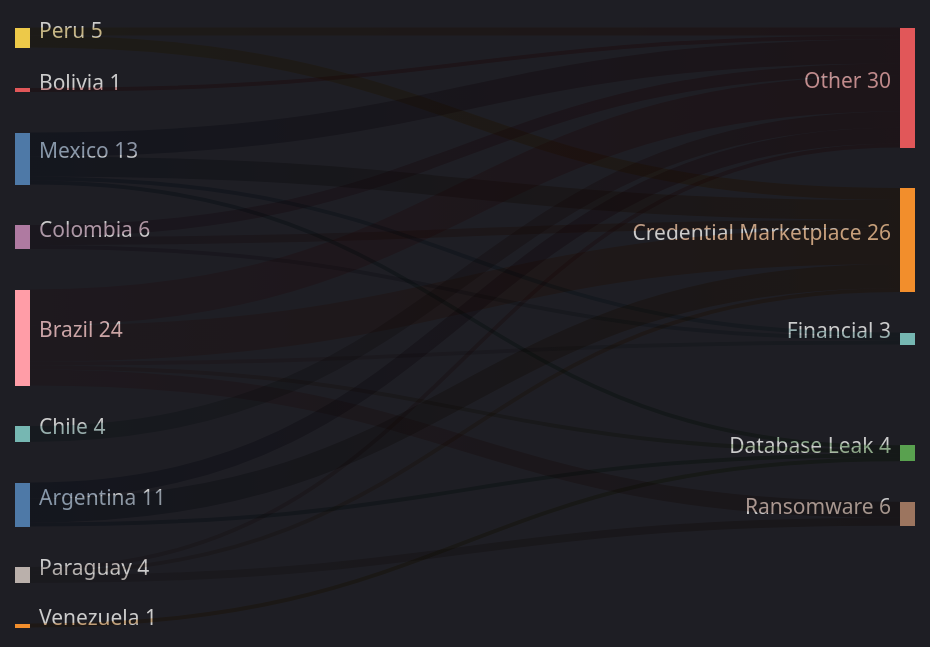
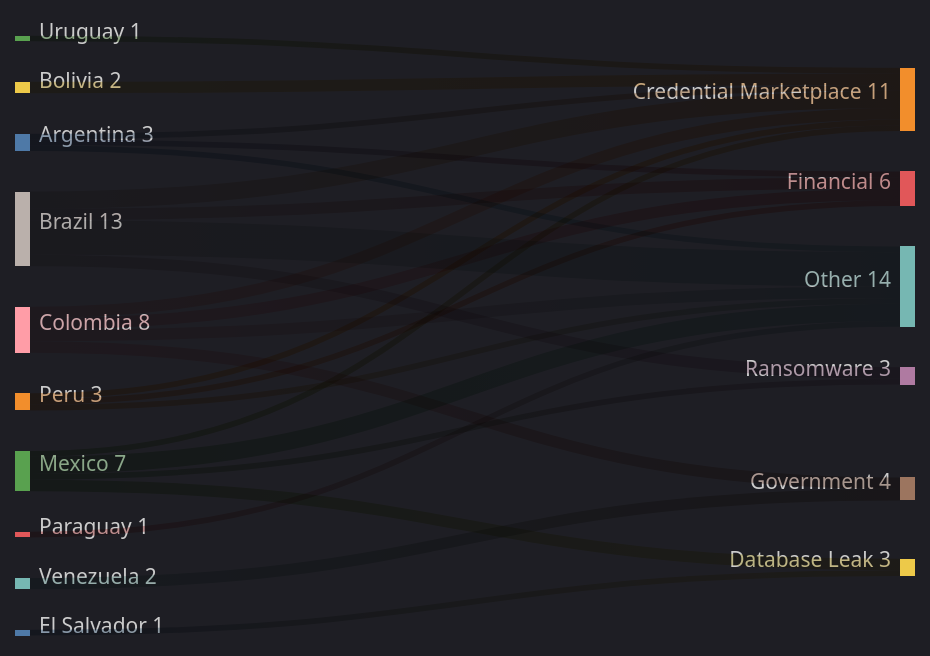
Before and after one commit to ZoqueLabs/website: the third of 5 diagrams in exfiltradaz.md, drawn with Mermaid. The commit also changed other lines of this file, not shown here.

````diff
--- a/exfiltradaz.md
+++ b/exfiltradaz.md
@@ -82,30 +90,30 @@
 ```mermaid
 ---
 config:
   theme: dark
 ---
 sankey-beta
-  Mexico,Credential Marketplace,5
-  Mexico,Other,6
-  Mexico,Financial,1
-  Mexico,Database Leak,1
-  Peru,Credential Marketplace,3
-  Peru,Other,2
-  Colombia,Other,3
-  Colombia,Financial,1
+  Argentina,Credential Marketplace,1
+  Argentina,Financial,1
+  Argentina,Other,1
+  Mexico,Database Leak,2
+  Mexico,Other,3
+  Mexico,Ransomware,1
+  Mexico,Credential Marketplace,1
+  Colombia,Financial,2
   Colombia,Credential Marketplace,2
-  Brazil,Ransomware,4
-  Brazil,Financial,1
-  Brazil,Other,9
-  Brazil,Credential Marketplace,9
-  Brazil,Database Leak,1
-  Paraguay,Ransomware,2
+  Colombia,Government,2
+  Colombia,Other,2
+  Brazil,Credential Marketplace,3
+  Brazil,Ransomware,2
+  Brazil,Financial,2
+  Brazil,Other,6
+  El Salvador,Database Leak,1
+  Peru,Other,1
+  Peru,Credential Marketplace,1
+  Peru,Financial,1
   Paraguay,Other,1
-  Paraguay,Credential Marketplace,1
-  Argentina,Other,4
-  Argentina,Database Leak,1
-  Argentina,Credential Marketplace,6
-  Venezuela,Database Leak,1
-  Bolivia,Other,1
-  Chile,Other,4
+  Venezuela,Government,2
+  Uruguay,Credential Marketplace,1
+  Bolivia,Credential Marketplace,2
 ```
````
